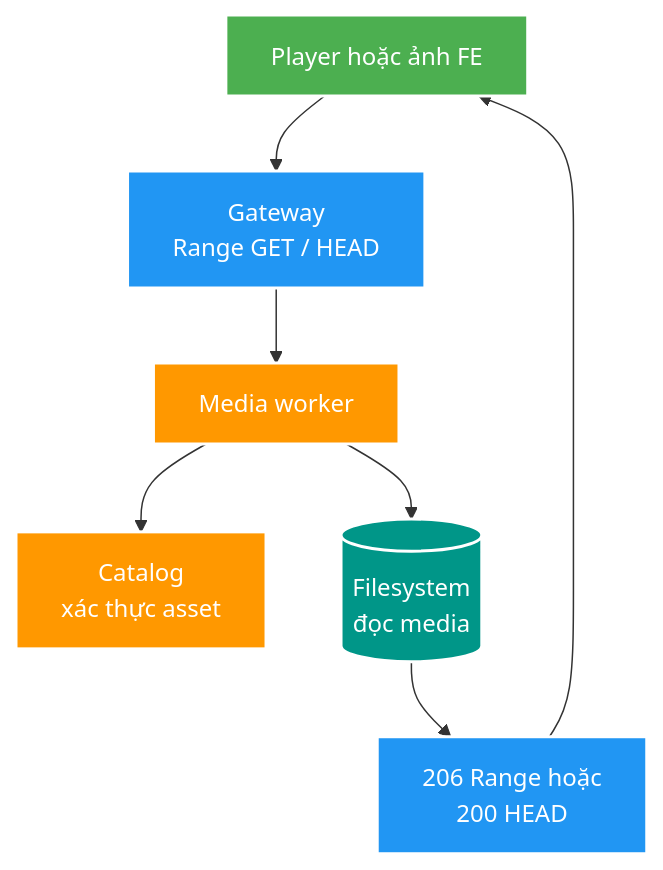
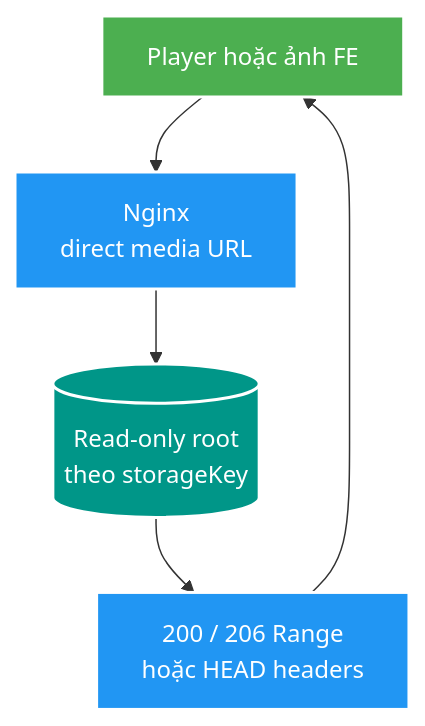
One commit to HungPhan200591/file-mngt-be-v2 changed the seventh of 8 diagrams in manual/learning/backend-v2/07-api-flows-deep-dive.md. Above: the diagram before and after it, drawn with Mermaid. The commit also changed other lines of this file and 18 other files, not shown here.

Commit message:
refactor: update documentation and architecture for Nginx direct media delivery implementation

````diff
--- a/manual/learning/backend-v2/07-api-flows-deep-dive.md
+++ b/manual/learning/backend-v2/07-api-flows-deep-dive.md
@@ -208,16 +208,12 @@
 ```mermaid
 flowchart TB
-    A["Player hoặc ảnh FE"] --> B["Gateway<br/>Range GET / HEAD"]
-    B --> C["Media worker"]
-    C --> D["Catalog<br/>xác thực asset"]
-    C --> E[("Filesystem<br/>đọc media")]
-    E --> F["206 Range hoặc<br/>200 HEAD"]
-    F --> A
+    A["Player hoặc ảnh FE"] --> B["Nginx<br/>direct media URL"]
+    B --> C[("Read-only root<br/>theo storageKey")]
+    C --> D["200 / 206 Range<br/>hoặc HEAD headers"]
+    D --> A
 
     style A fill:#4CAF50,stroke:#fff,stroke-width:2px,color:#fff
     style B fill:#2196F3,stroke:#fff,stroke-width:2px,color:#fff
-    style C fill:#FF9800,stroke:#fff,stroke-width:2px,color:#fff
-    style D fill:#FF9800,stroke:#fff,stroke-width:2px,color:#fff
-    style E fill:#009688,stroke:#fff,stroke-width:2px,color:#fff
-    style F fill:#2196F3,stroke:#fff,stroke-width:2px,color:#fff
+    style C fill:#009688,stroke:#fff,stroke-width:2px,color:#fff
+    style D fill:#2196F3,stroke:#fff,stroke-width:2px,color:#fff
 ```
````
